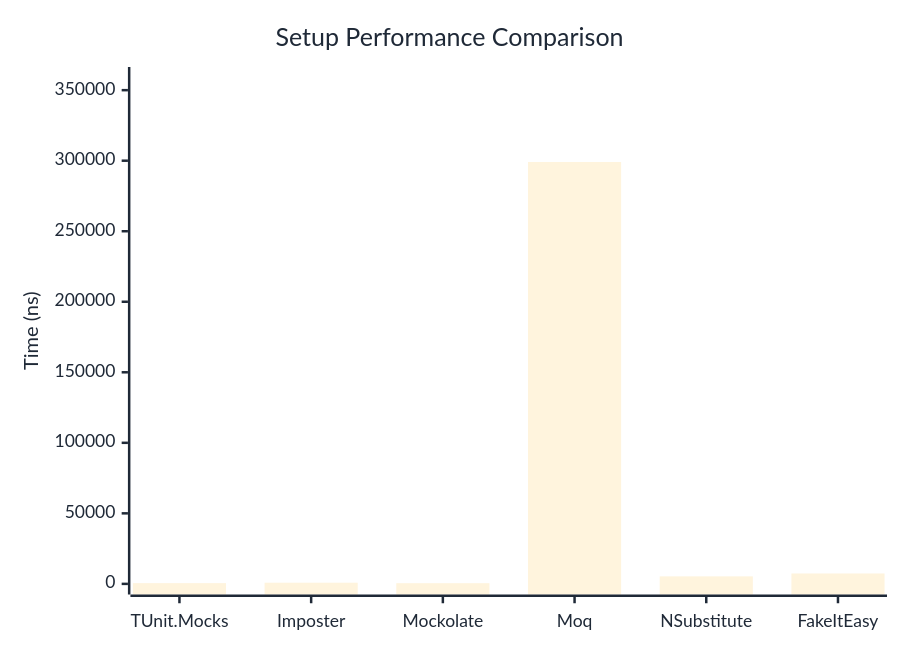
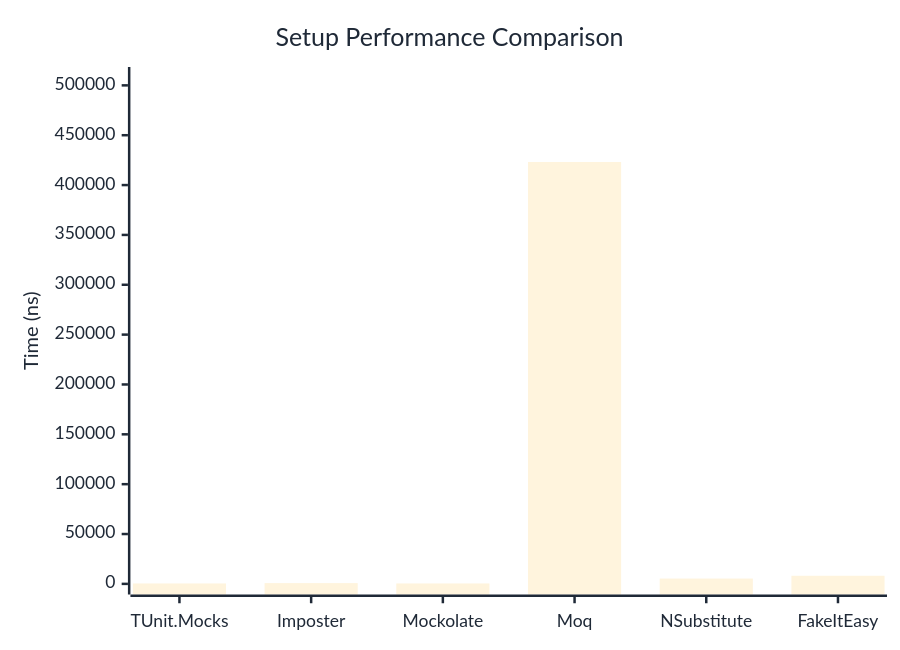
One commit to thomhurst/TUnit changed the first of 2 diagrams in docs/docs/benchmarks/mocks/Setup.md. Above: the diagram before and after it, drawn with Mermaid. The commit also changed other lines of this file and 14 other files, not shown here.

````diff
--- a/docs/docs/benchmarks/mocks/Setup.md
+++ b/docs/docs/benchmarks/mocks/Setup.md
@@ -28,27 +28,27 @@
 ```mermaid
 %%{init: {
   'theme':'base',
   'themeVariables': {
     'primaryColor': '#2563eb',
     'primaryTextColor': '#1f2937',
     'primaryBorderColor': '#1e40af',
     'lineColor': '#6b7280',
     'secondaryColor': '#7c3aed',
     'tertiaryColor': '#dc2626',
     'background': '#ffffff',
     'pie1': '#2563eb',
     'pie2': '#7c3aed',
     'pie3': '#dc2626',
     'pie4': '#f59e0b',
     'pie5': '#10b981',
     'pie6': '#06b6d4',
     'pie7': '#ec4899',
     'pie8': '#6366f1'
   }
 }}%%
 xychart-beta
   title "Setup Performance Comparison"
   x-axis ["TUnit.Mocks", "Imposter", "Mockolate", "Moq", "NSubstitute", "FakeItEasy"]
-  y-axis "Time (ns)" 0 --> 358891
-  bar [535.7, 823.6, 478.2, 299075.1, 5319.8, 7371]
+  y-axis "Time (ns)" 0 --> 507764
+  bar [419.8, 766.5, 422.7, 423136.6, 5337.3, 8136.8]
 ```
````
